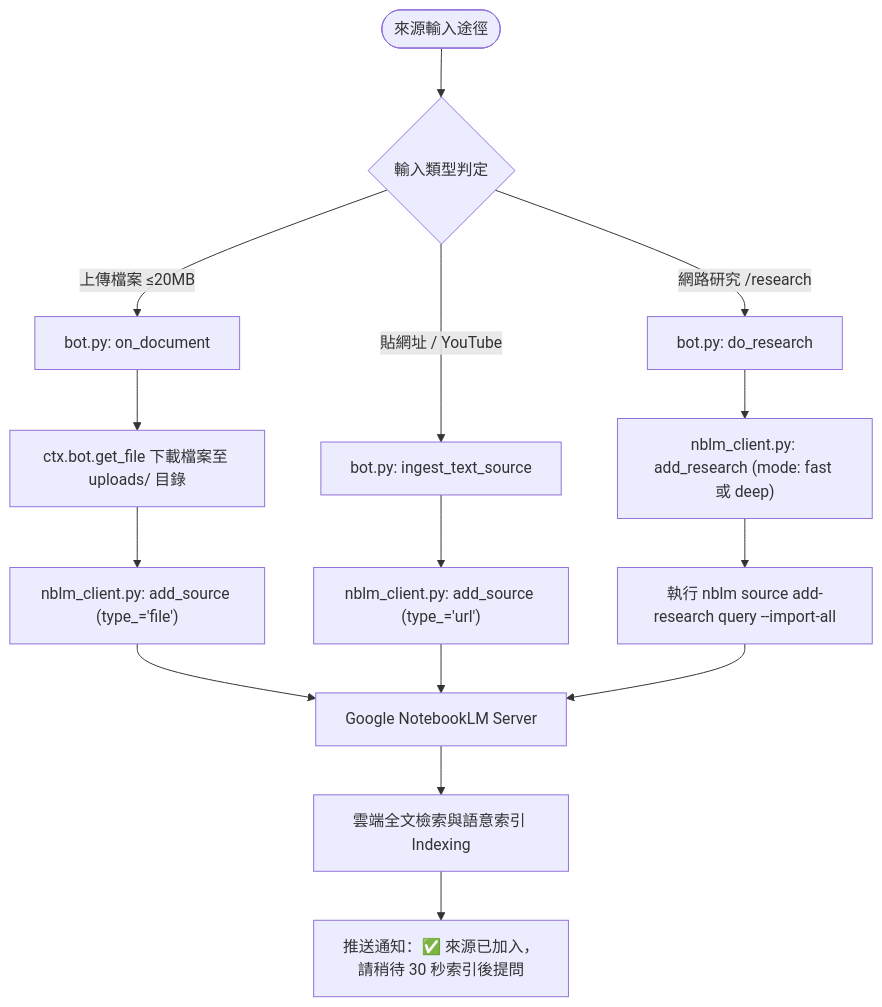
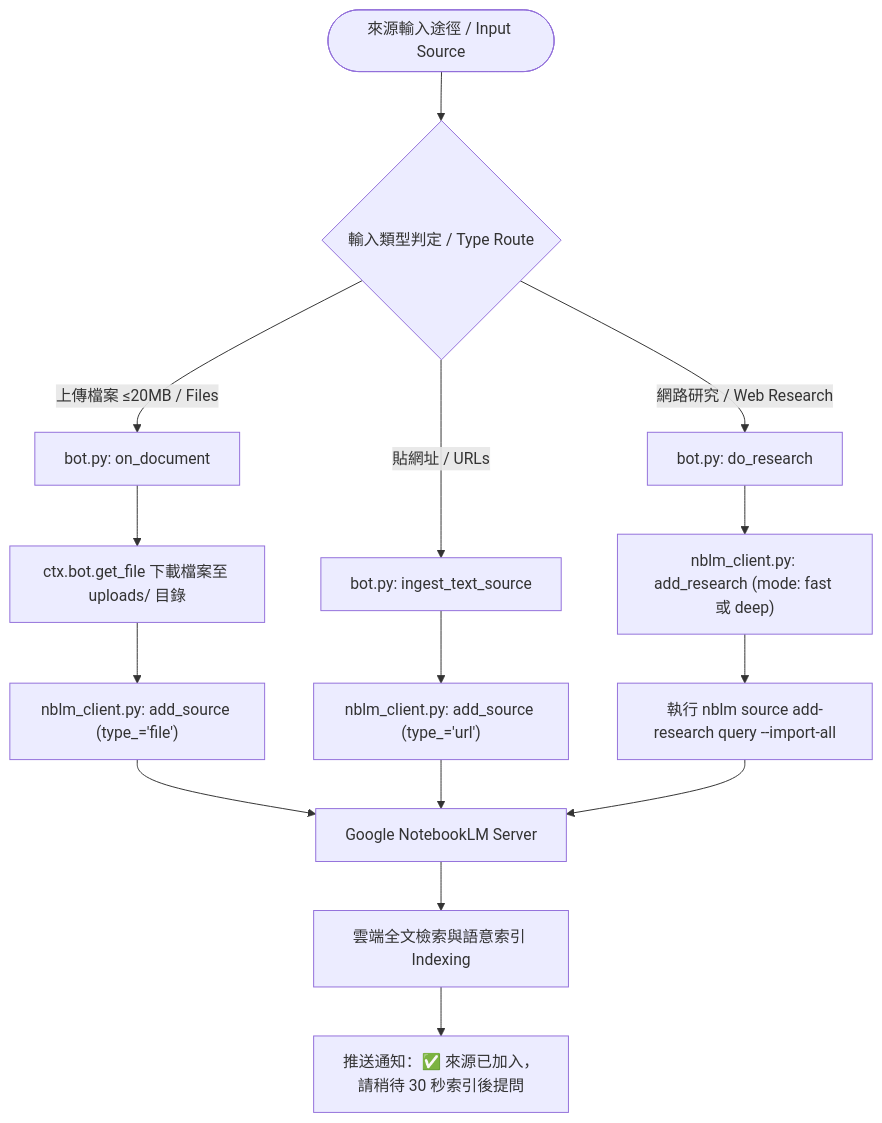
Before and after one commit to myyang19770915/TG_notebook: the fourth of 4 diagrams in README.md, drawn with Mermaid. The commit also changed other lines of this file, not shown here.

````diff
--- a/README.md
+++ b/README.md
@@ -167,20 +169,20 @@
 ```mermaid
 flowchart TD
-    Input([來源輸入途徑]) --> Route{輸入類型判定}
+    Input([來源輸入途徑 / Input Source]) --> Route{輸入類型判定 / Type Route}
     
-    Route -- 貼網址 / YouTube --> TextIngest[bot.py: ingest_text_source]
-    Route -- 上傳檔案 ≤20MB --> DocHandler[bot.py: on_document]
-    Route -- 網路研究 /research --> ResearchHandler[bot.py: do_research]
+    Route -- 貼網址 / URLs --> TextIngest[bot.py: ingest_text_source]
+    Route -- 上傳檔案 ≤20MB / Files --> DocHandler[bot.py: on_document]
+    Route -- 網路研究 / Web Research --> ResearchHandler[bot.py: do_research]
     
     DocHandler --> TGDownload[ctx.bot.get_file 下載檔案至 uploads/ 目錄]
     TGDownload --> AddFileSource["nblm_client.py: add_source (type_='file')"]
     
     TextIngest --> AddUrlSource["nblm_client.py: add_source (type_='url')"]
     
     ResearchHandler --> AddResearch["nblm_client.py: add_research (mode: fast 或 deep)"]
     AddResearch --> SubprocResearch[執行 nblm source add-research query --import-all]
     
     AddFileSource & AddUrlSource & SubprocResearch --> GoogleIngest[Google NotebookLM Server]
     GoogleIngest --> Indexing[雲端全文檢索與語意索引 Indexing]
     Indexing --> Notify["推送通知：✅ 來源已加入，請稍待 30 秒索引後提問"]
 ```
````
